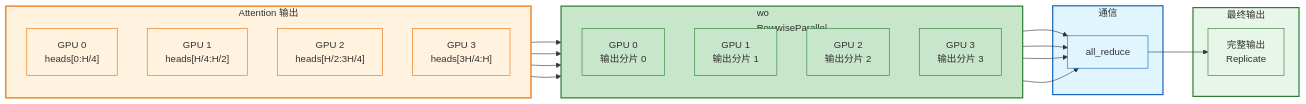
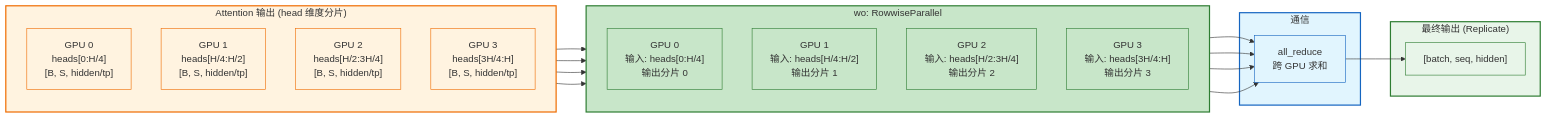
The sixth of 18 diagrams in docs/fsdp2_tp_tutorial.md (jianzhnie/ScaleTorch), drawn with Mermaid before and after one commit. The commit also changed other lines of this file, not shown here.

First line of the commit message:
docs: update fsdp2 tp tutorial with improved diagrams

````diff
--- a/docs/fsdp2_tp_tutorial.md
+++ b/docs/fsdp2_tp_tutorial.md
@@ -430,48 +460,48 @@
 ```mermaid
 flowchart LR
-    subgraph Heads["Attention 输出"]
+    subgraph Heads["Attention 输出 (head 维度分片)"]
         direction TB
-        H0["GPU 0\nheads[0:H/4]"]
-        H1["GPU 1\nheads[H/4:H/2]"]
-        H2["GPU 2\nheads[H/2:3H/4]"]
-        H3["GPU 3\nheads[3H/4:H]"]
+        H0["GPU 0\nheads[0:H/4]\n[B, S, hidden/tp]"]
+        H1["GPU 1\nheads[H/4:H/2]\n[B, S, hidden/tp]"]
+        H2["GPU 2\nheads[H/2:3H/4]\n[B, S, hidden/tp]"]
+        H3["GPU 3\nheads[3H/4:H]\n[B, S, hidden/tp]"]
     end
 
-    subgraph WO["wo\nRowwiseParallel"]
+    subgraph WO["wo: RowwiseParallel"]
         direction TB
-        O0["GPU 0\n输出分片 0"]
-        O1["GPU 1\n输出分片 1"]
-        O2["GPU 2\n输出分片 2"]
-        O3["GPU 3\n输出分片 3"]
+        O0["GPU 0\n输入: heads[0:H/4]\n输出分片 0"]
+        O1["GPU 1\n输入: heads[H/4:H/2]\n输出分片 1"]
+        O2["GPU 2\n输入: heads[H/2:3H/4]\n输出分片 2"]
+        O3["GPU 3\n输入: heads[3H/4:H]\n输出分片 3"]
     end
 
     subgraph Comm["通信"]
-        AR["all_reduce"]
+        AR["all_reduce\n跨 GPU 求和"]
     end
 
-    subgraph Out["最终输出"]
-        Y["完整输出\nReplicate"]
+    subgraph Out["最终输出 (Replicate)"]
+        Y["[batch, seq, hidden]"]
     end
 
     H0 --> O0
     H1 --> O1
     H2 --> O2
     H3 --> O3
     O0 & O1 & O2 & O3 --> AR
     AR --> Y
 
     style Heads fill:#fff3e0,stroke:#ef6c00,stroke-width:2px
     style WO fill:#c8e6c9,stroke:#2e7d32,stroke-width:2px
     style Comm fill:#e1f5fe,stroke:#1565c0,stroke-width:2px
     style Out fill:#e8f5e9,stroke:#2e7d32,stroke-width:2px
     style H0 fill:#fff3e0,stroke:#ef6c00
     style H1 fill:#fff3e0,stroke:#ef6c00
     style H2 fill:#fff3e0,stroke:#ef6c00
     style H3 fill:#fff3e0,stroke:#ef6c00
     style O0 fill:#c8e6c9,stroke:#2e7d32
     style O1 fill:#c8e6c9,stroke:#2e7d32
     style O2 fill:#c8e6c9,stroke:#2e7d32
     style O3 fill:#c8e6c9,stroke:#2e7d32
     style AR fill:#e1f5fe,stroke:#1565c0
     style Y fill:#e8f5e9,stroke:#2e7d32
 ```
````
